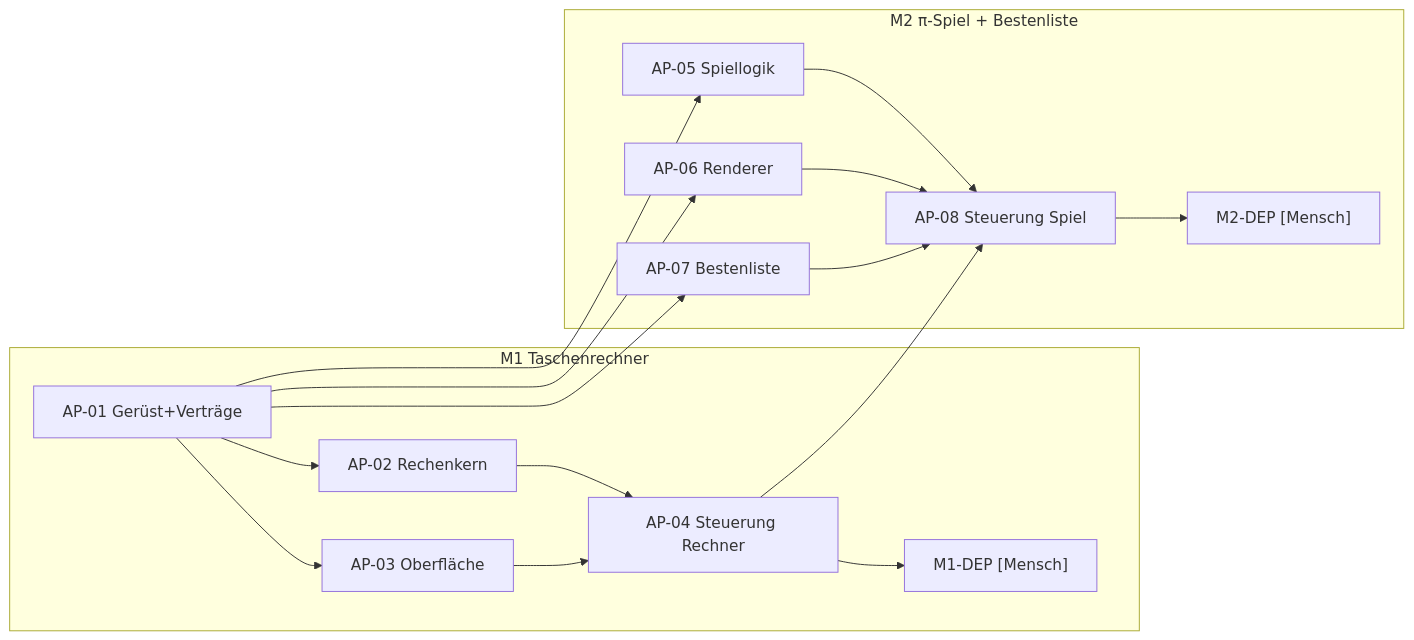
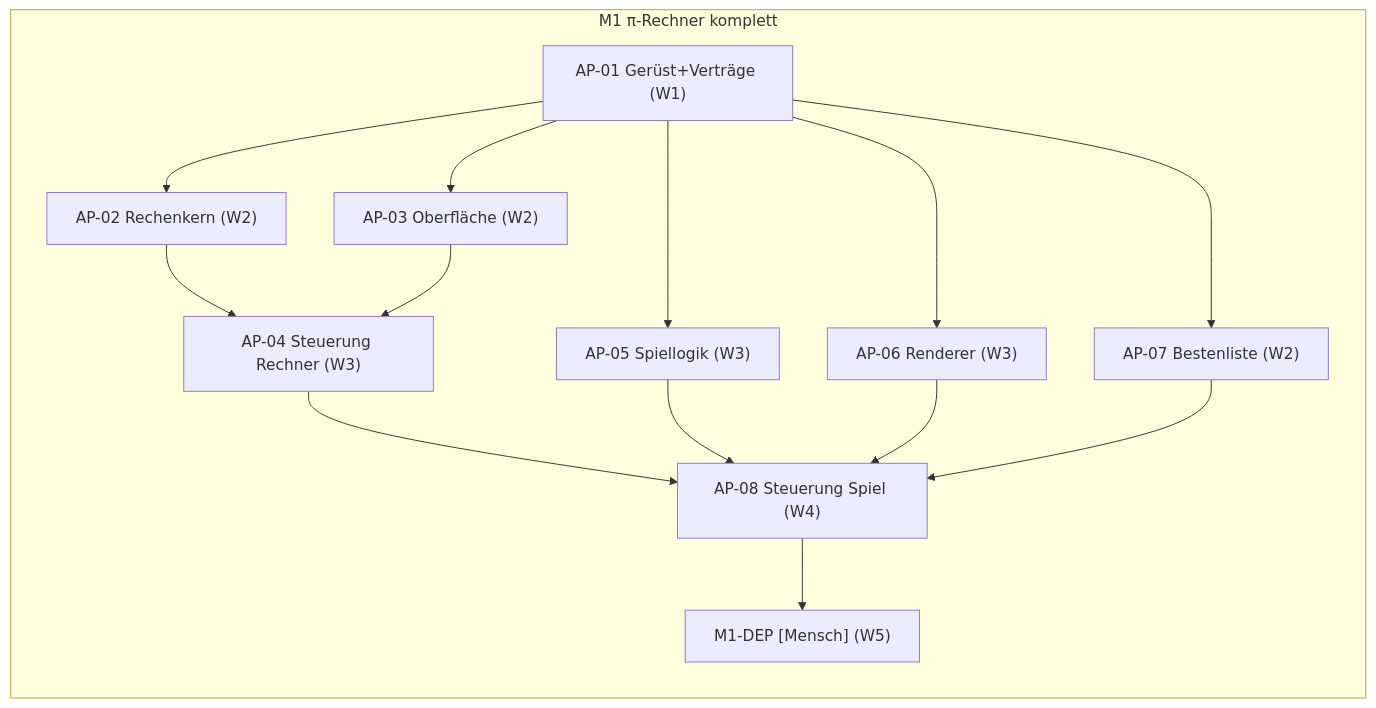
The third of 3 diagrams in docs/masterBuildPlan.md (CemDCoding/flappyPiCalculator), drawn with Mermaid before and after one commit. The commit also changed other lines of this file, not shown here.

````diff
--- a/docs/masterBuildPlan.md
+++ b/docs/masterBuildPlan.md
@@ -414,20 +404,17 @@
 ```mermaid
 flowchart LR
-  subgraph M1["M1 Taschenrechner"]
-    AP01["AP-01 Gerüst+Verträge"] --> AP02["AP-02 Rechenkern"]
-    AP01 --> AP03["AP-03 Oberfläche"]
-    AP02 --> AP04["AP-04 Steuerung Rechner"]
+  subgraph M1["M1 π-Rechner komplett"]
+    AP01["AP-01 Gerüst+Verträge (W1)"] --> AP02["AP-02 Rechenkern (W2)"]
+    AP01 --> AP03["AP-03 Oberfläche (W2)"]
+    AP01 --> AP07["AP-07 Bestenliste (W2)"]
+    AP01 --> AP05["AP-05 Spiellogik (W3)"]
+    AP01 --> AP06["AP-06 Renderer (W3)"]
+    AP02 --> AP04["AP-04 Steuerung Rechner (W3)"]
     AP03 --> AP04
-    AP04 --> M1DEP["M1-DEP [Mensch]"]
+    AP04 --> AP08["AP-08 Steuerung Spiel (W4)"]
+    AP05 --> AP08
+    AP06 --> AP08
+    AP07 --> AP08
+    AP08 --> M1DEP["M1-DEP [Mensch] (W5)"]
   end
-  subgraph M2["M2 π-Spiel + Bestenliste"]
-    AP05["AP-05 Spiellogik"] --> AP08["AP-08 Steuerung Spiel"]
-    AP06["AP-06 Renderer"] --> AP08
-    AP07["AP-07 Bestenliste"] --> AP08
-    AP08 --> M2DEP["M2-DEP [Mensch]"]
-  end
-  AP01 --> AP05
-  AP01 --> AP06
-  AP01 --> AP07
-  AP04 --> AP08
 ```
````
